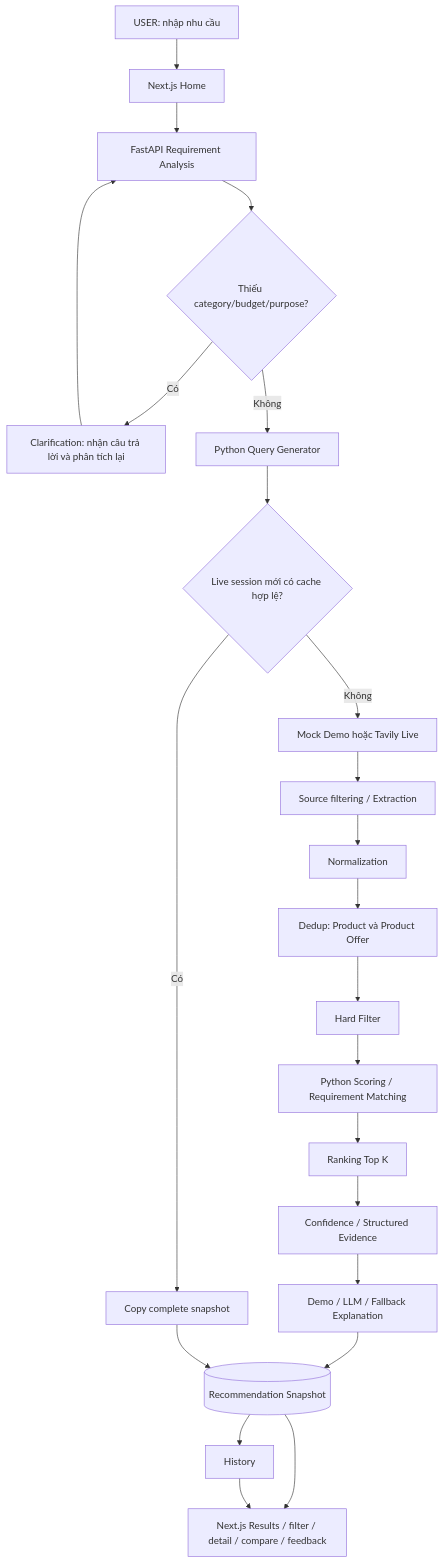
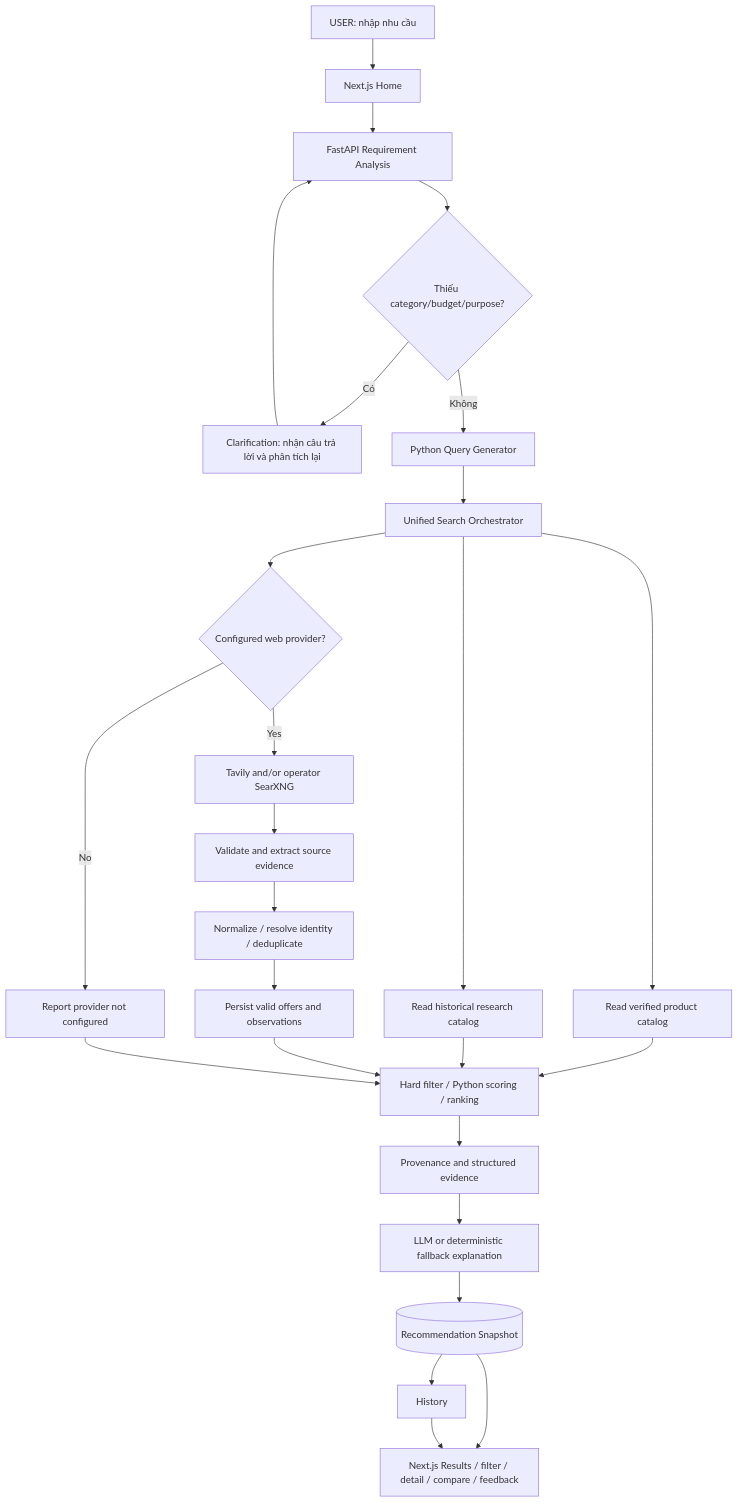
Before and after one commit to hoangle10ck-sys/smart-shopping-ai-part01: the diagram in docs/architecture.md, drawn with Mermaid. The commit also changed other lines of this file and 173 other files, not shown here.

Commit message:
feat: strengthen verified product search and research catalog

````diff
--- a/docs/architecture.md
+++ b/docs/architecture.md
@@ -32,25 +32,28 @@
 ```mermaid
 flowchart TD
   User[USER: nhập nhu cầu] --> UI[Next.js Home]
   UI --> Analyze[FastAPI Requirement Analysis]
   Analyze --> Missing{Thiếu category/budget/purpose?}
   Missing -->|Có| Clarify[Clarification: nhận câu trả lời và phân tích lại]
   Clarify --> Analyze
   Missing -->|Không| Query[Python Query Generator]
-  Query --> Cache{Live session mới có cache hợp lệ?}
-  Cache -->|Có| Copy[Copy complete snapshot]
-  Cache -->|Không| Search[Mock Demo hoặc Tavily Live]
-  Search --> Extract[Source filtering / Extraction]
-  Extract --> Normalize[Normalization]
-  Normalize --> Dedup[Dedup: Product và Product Offer]
-  Dedup --> Filter[Hard Filter]
-  Filter --> Score[Python Scoring / Requirement Matching]
-  Score --> Rank[Ranking Top K]
-  Rank --> Evidence[Confidence / Structured Evidence]
-  Evidence --> Explain[Demo / LLM / Fallback Explanation]
+  Query --> Unified[Unified Search Orchestrator]
+  Unified --> Catalog[Read verified product catalog]
+  Unified --> Research[Read historical research catalog]
+  Unified --> Availability{Configured web provider?}
+  Availability -->|Yes| Web[Tavily and/or operator SearXNG]
+  Availability -->|No| SourceStatus[Report provider not configured]
+  Web --> Extract[Validate and extract source evidence]
+  Extract --> Normalize[Normalize / resolve identity / deduplicate]
+  Normalize --> Persist[Persist valid offers and observations]
+  Catalog --> Evaluate[Hard filter / Python scoring / ranking]
+  Research --> Evaluate
+  Persist --> Evaluate
+  SourceStatus --> Evaluate
+  Evaluate --> Evidence[Provenance and structured evidence]
+  Evidence --> Explain[LLM or deterministic fallback explanation]
   Explain --> Snapshot[(Recommendation Snapshot)]
-  Copy --> Snapshot
   Snapshot --> Results[Next.js Results / filter / detail / compare / feedback]
   Snapshot --> History[History]
   History --> Results
 ```
````
